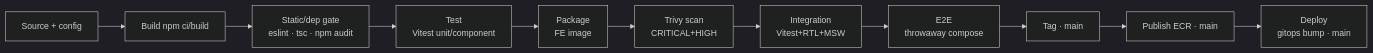
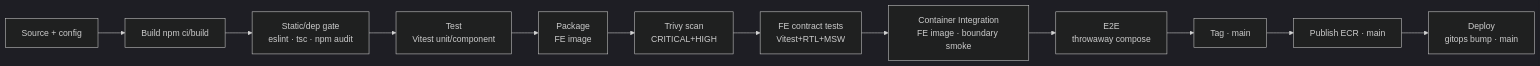
One commit to Steve-droid/modelmatch-frontend changed the diagram in README.md. Above: the diagram before and after it, drawn with Mermaid (dark theme). The commit also changed other lines of this file and 4 other files, not shown here.

First line of the commit message:
ci(p31): container integration gate before E2E

````diff
--- a/README.md
+++ b/README.md
@@ -189,13 +196,14 @@
 ```mermaid
 graph LR
     A[Source + config] --> B[Build npm ci/build]
     B --> C[Static/dep gate<br/>eslint · tsc · npm audit]
     C --> D[Test<br/>Vitest unit/component]
     D --> E[Package<br/>FE image]
     E --> F[Trivy scan<br/>CRITICAL+HIGH]
-    F --> G[Integration<br/>Vitest+RTL+MSW]
-    G --> H[E2E<br/>throwaway compose]
-    H --> I[Tag · main]
-    I --> J[Publish ECR · main]
-    J --> K[Deploy<br/>gitops bump · main]
+    F --> G[FE contract tests<br/>Vitest+RTL+MSW]
+    G --> H[Container Integration<br/>FE image · boundary smoke]
+    H --> I[E2E<br/>throwaway compose]
+    I --> J[Tag · main]
+    J --> K[Publish ECR · main]
+    K --> L[Deploy<br/>gitops bump · main]
 ```
````
